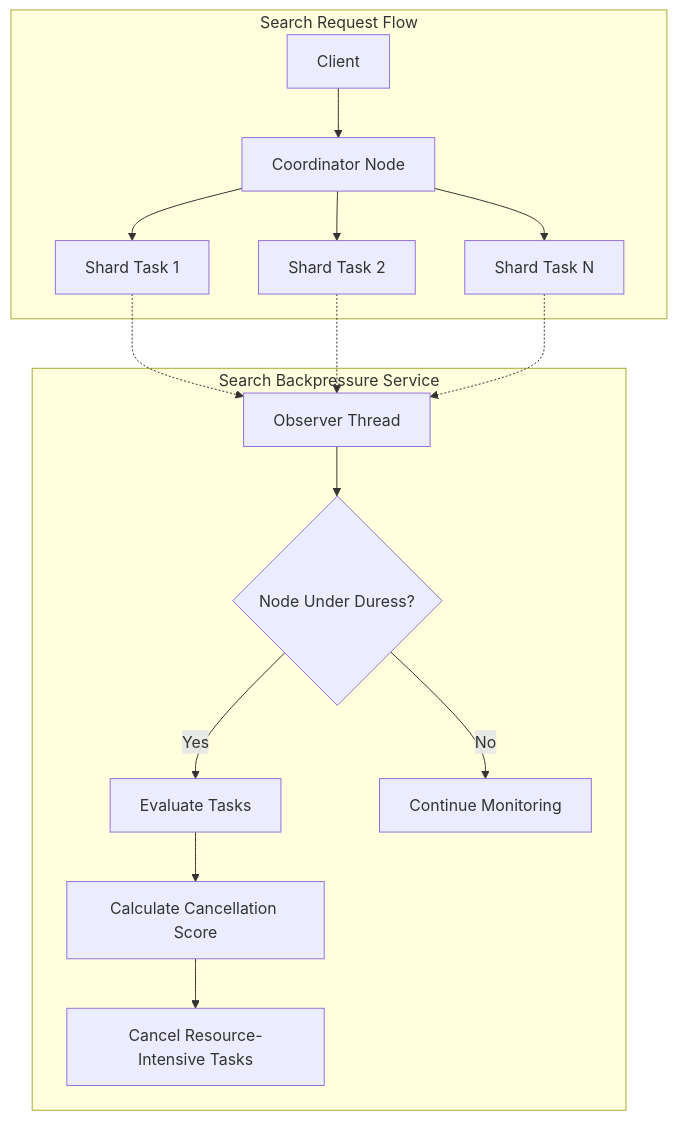
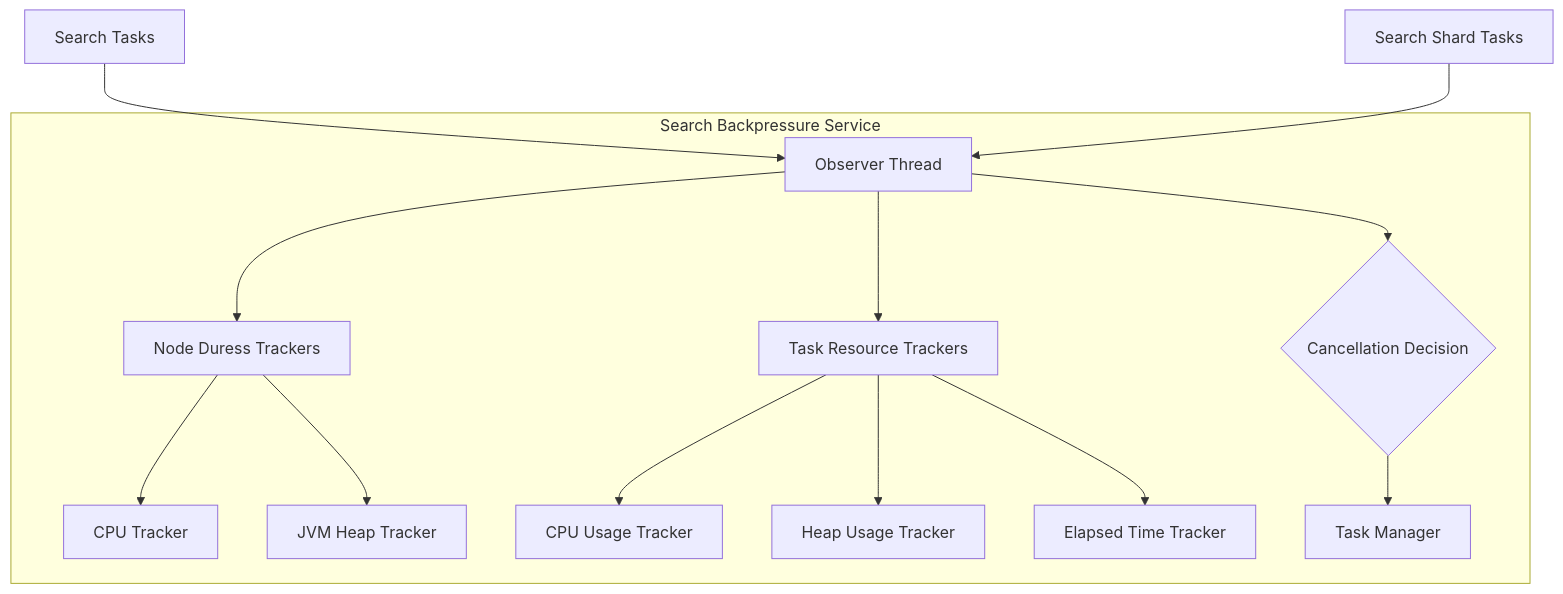
One commit to tkykenmt/opensearch-feature-explorer changed the diagram in docs/features/opensearch/opensearch-search-backpressure.md. Above: the diagram before and after it, drawn with Mermaid. The commit also changed other lines of this file and 3 other files, not shown here.

Commit message:
docs: add SBP (Search Backpressure) bug fix report for v2.16.0 (#2411)

````diff
--- a/docs/features/opensearch/opensearch-search-backpressure.md
+++ b/docs/features/opensearch/opensearch-search-backpressure.md
@@ -15,21 +15,19 @@
 ```mermaid
 graph TB
-    subgraph "Search Request Flow"
-        Client[Client] --> Coordinator[Coordinator Node]
-        Coordinator --> Shard1[Shard Task 1]
-        Coordinator --> Shard2[Shard Task 2]
-        Coordinator --> ShardN[Shard Task N]
+    subgraph "Search Backpressure Service"
+        Observer[Observer Thread] --> NDT[Node Duress Trackers]
+        NDT --> CPU[CPU Tracker]
+        NDT --> JVM[JVM Heap Tracker]
+        
+        Observer --> TRT[Task Resource Trackers]
+        TRT --> CPUTask[CPU Usage Tracker]
+        TRT --> HeapTask[Heap Usage Tracker]
+        TRT --> TimeTask[Elapsed Time Tracker]
+        
+        Observer --> Cancel{Cancellation Decision}
+        Cancel --> TaskManager[Task Manager]
     end
     
-    subgraph "Search Backpressure Service"
-        Observer[Observer Thread] --> NodeDuress{Node Under Duress?}
-        NodeDuress -->|Yes| TaskEval[Evaluate Tasks]
-        NodeDuress -->|No| Continue[Continue Monitoring]
-        TaskEval --> Score[Calculate Cancellation Score]
-        Score --> Cancel[Cancel Resource-Intensive Tasks]
-    end
-    
-    Shard1 -.-> Observer
-    Shard2 -.-> Observer
-    ShardN -.-> Observer
+    SearchTask[Search Tasks] --> Observer
+    ShardTask[Search Shard Tasks] --> Observer
 ```
````
